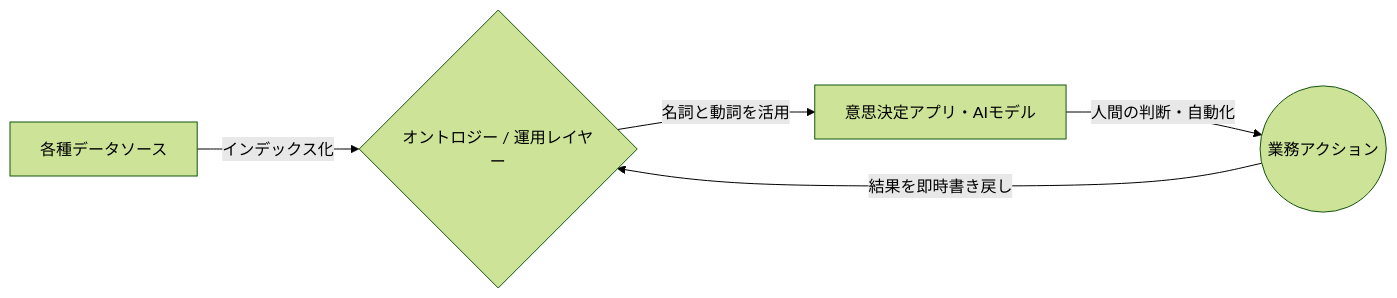
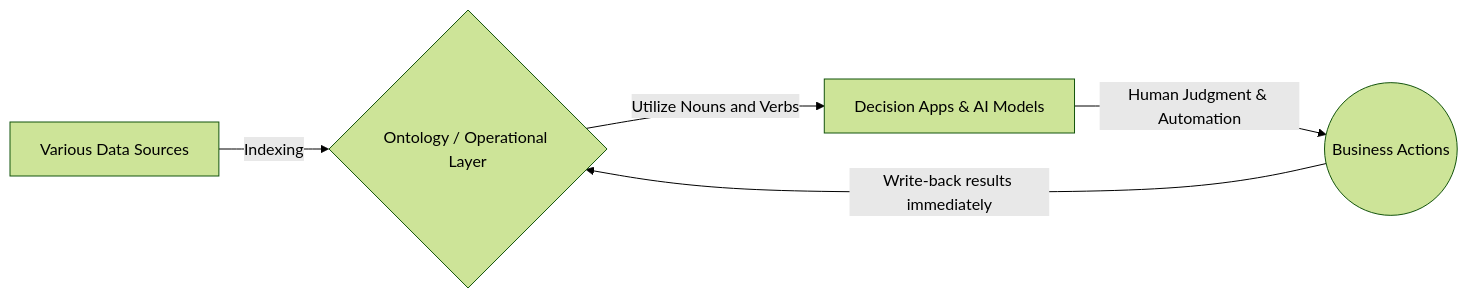
One commit to jonnydubowsky/palantir-ontology-strategy changed the second of 9 diagrams in docs/the-palantir-impact_jp.md. Above: the diagram before and after it, drawn with Mermaid (forest theme). The commit also changed other lines of this file and 2 other files, not shown here.

````diff
--- a/docs/the-palantir-impact_jp.md
+++ b/docs/the-palantir-impact_jp.md
@@ -39,7 +39,7 @@
 ```mermaid
 flowchart LR
-    A2[各種データソース] -->|インデックス化| B2{オントロジー / 運用レイヤー}
-    B2 -->|名詞と動詞を活用| C2[意思決定アプリ・AIモデル]
-    C2 -->|人間の判断・自動化| D2((業務アクション))
-    D2 -->|結果を即時書き戻し| B2
+    A2[Various Data Sources] -->|Indexing| B2{Ontology / Operational Layer}
+    B2 -->|Utilize Nouns and Verbs| C2[Decision Apps & AI Models]
+    C2 -->|Human Judgment & Automation| D2((Business Actions))
+    D2 -->|Write-back results immediately| B2
 ```
````
